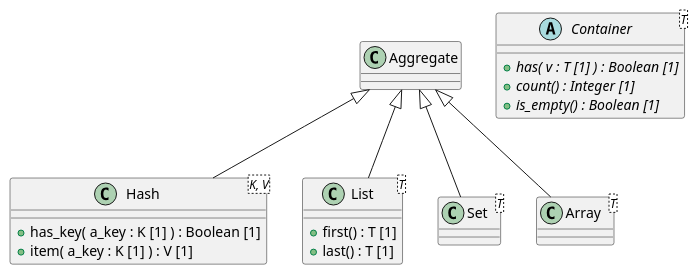
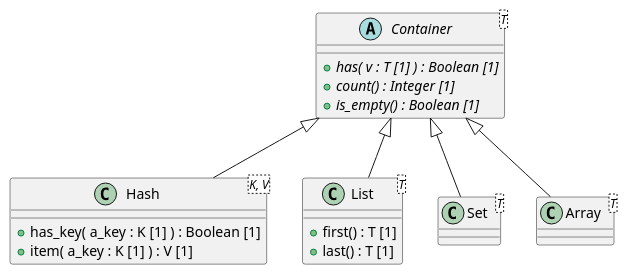
The diagram in code/Adoc/openehr_base_1.1.0/plantUML/packages/org.openehr.base.foundation_types.structures.adoc (sebastian-iancu/code-generator), drawn with PlantUML before and after one commit. The commit also changed 719 other files, not shown here.

```diff
--- a/code/Adoc/openehr_base_1.1.0/plantUML/packages/org.openehr.base.foundation_types.structures.adoc
+++ b/code/Adoc/openehr_base_1.1.0/plantUML/packages/org.openehr.base.foundation_types.structures.adoc
@@ -1,33 +1,33 @@
 [plantuml,structures,format=svg,svg-type="inline"]
 -----
 @startuml
 
 class Hash <K, V> {
   + has_key( a_key : K [1] ) : Boolean [1]
   + item( a_key : K [1] ) : V [1]
 }
 
 abstract class Container <T> {
   + {abstract} has( v : T [1] ) : Boolean [1]
   + {abstract} count() : Integer [1]
   + {abstract} is_empty() : Boolean [1]
 }
 
 class List <T> {
   + first() : T [1]
   + last() : T [1]
 }
 
 class Set <T> {
 }
 
 class Array <T> {
 }
 
-Aggregate <|-- Hash
-Aggregate <|-- List
-Aggregate <|-- Set
-Aggregate <|-- Array
+Container <|-- Hash
+Container <|-- List
+Container <|-- Set
+Container <|-- Array
 
 @enduml
 -----
```
